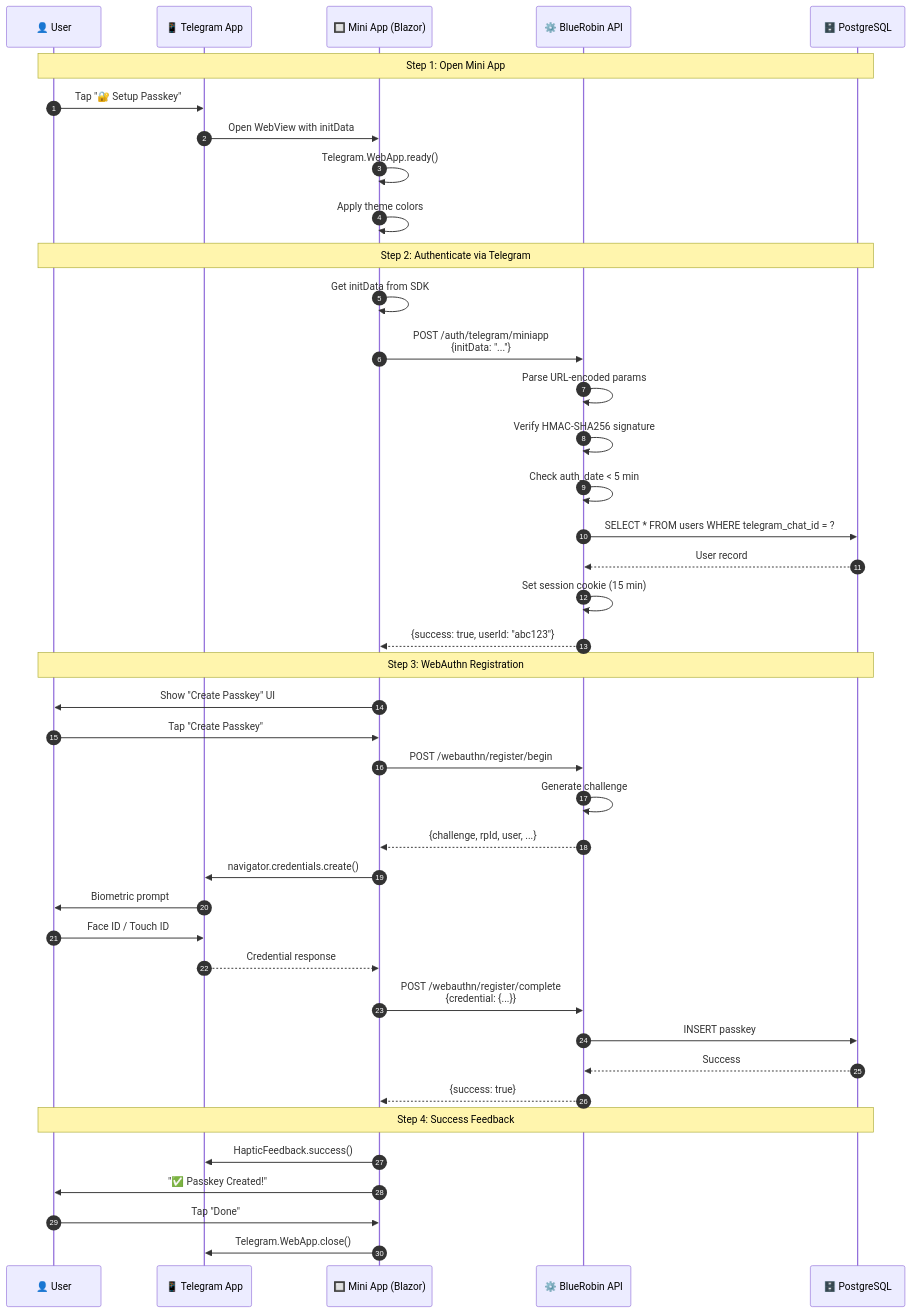
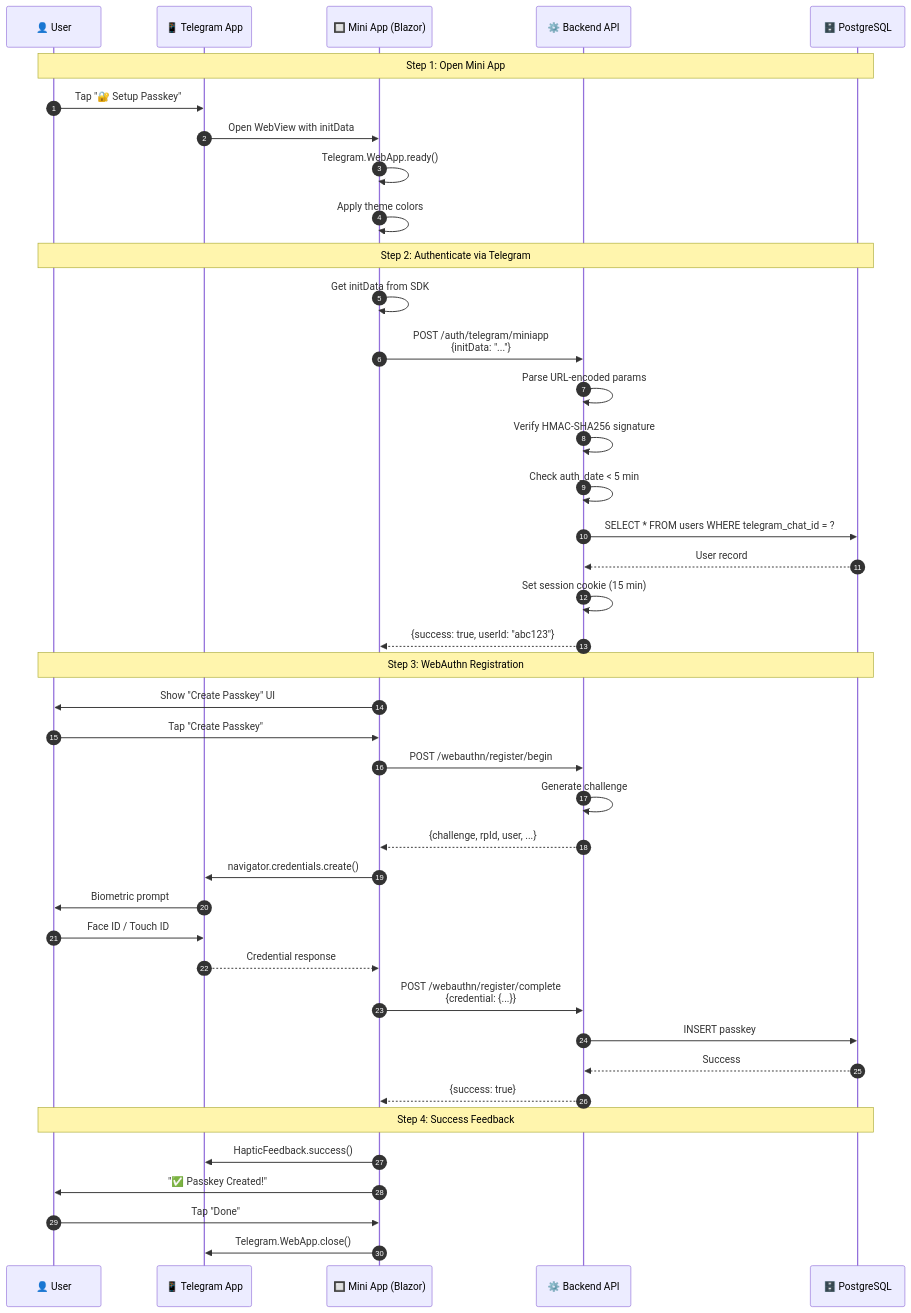
One commit to viktorrobin/bluerobin-blog changed the fourth of 8 diagrams in src/content/blog/telegram-integration-architecture-diagrams.mdx. Above: the diagram before and after it, drawn with Mermaid. The commit also changed other lines of this file and 111 other files, not shown here.

````diff
--- a/src/content/blog/telegram-integration-architecture-diagrams.mdx
+++ b/src/content/blog/telegram-integration-architecture-diagrams.mdx
@@ -199,47 +200,47 @@
 ```mermaid
 sequenceDiagram
     autonumber
     participant U as 👤 User
     participant TG as 📱 Telegram App
     participant MA as 🔲 Mini App (Blazor)
-    participant API as ⚙️ BlueRobin API
+    participant API as ⚙️ Backend API
     participant DB as 🗄️ PostgreSQL
     
     Note over U,DB: Step 1: Open Mini App
     U->>TG: Tap "🔐 Setup Passkey"
     TG->>MA: Open WebView with initData
     MA->>MA: Telegram.WebApp.ready()
     MA->>MA: Apply theme colors
     
     Note over U,DB: Step 2: Authenticate via Telegram
     MA->>MA: Get initData from SDK
     MA->>API: POST /auth/telegram/miniapp<br/>{initData: "..."}
     API->>API: Parse URL-encoded params
     API->>API: Verify HMAC-SHA256 signature
     API->>API: Check auth_date < 5 min
     API->>DB: SELECT * FROM users WHERE telegram_chat_id = ?
     DB-->>API: User record
     API->>API: Set session cookie (15 min)
     API-->>MA: {success: true, userId: "abc123"}
     
     Note over U,DB: Step 3: WebAuthn Registration
     MA->>U: Show "Create Passkey" UI
     U->>MA: Tap "Create Passkey"
     MA->>API: POST /webauthn/register/begin
     API->>API: Generate challenge
     API-->>MA: {challenge, rpId, user, ...}
     MA->>TG: navigator.credentials.create()
     TG->>U: Biometric prompt
     U->>TG: Face ID / Touch ID
     TG-->>MA: Credential response
     MA->>API: POST /webauthn/register/complete<br/>{credential: {...}}
     API->>DB: INSERT passkey
     DB-->>API: Success
     API-->>MA: {success: true}
     
     Note over U,DB: Step 4: Success Feedback
     MA->>TG: HapticFeedback.success()
     MA->>U: "✅ Passkey Created!"
     U->>MA: Tap "Done"
     MA->>TG: Telegram.WebApp.close()
 ```
````
